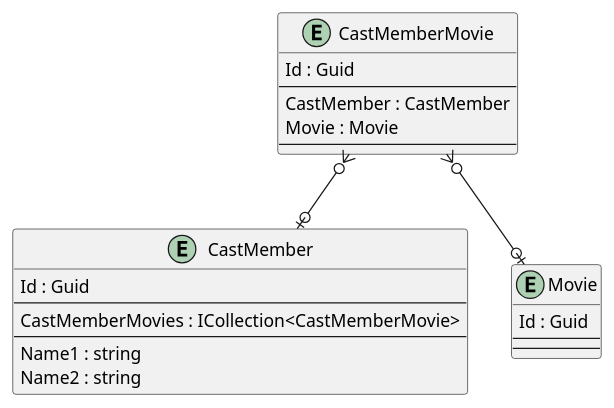
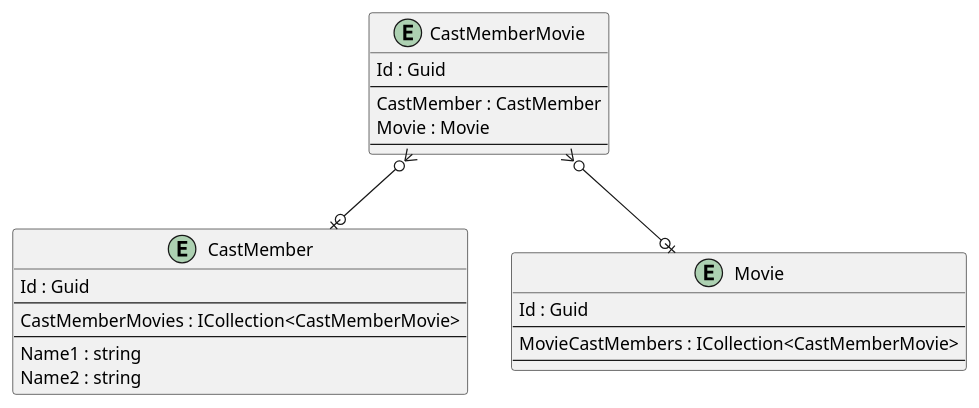
Before and after one commit to intrepion/BlazorWebAppMovies: the diagram in .docs/BlazorWebAppMovies.pu, drawn with PlantUML.

```diff
--- a/.docs/BlazorWebAppMovies.pu
+++ b/.docs/BlazorWebAppMovies.pu
@@ -1,38 +1,39 @@
 @startuml
 
 entity CastMember {
     Id : Guid
     --
     CastMemberMovies : ICollection<CastMemberMovie>
     ' CastMemberKeyCodePlaceholder
     --
     Name1 : string
     Name2 : string
     ' CastMemberPropertyCodePlaceholder
 }
 
 entity CastMemberMovie {
     Id : Guid
     --
     CastMember : CastMember
     Movie : Movie
     ' CastMemberMovieKeyCodePlaceholder
     --
     ' CastMemberMoviePropertyCodePlaceholder
 }
 
 entity Movie {
     Id : Guid
     --
+    MovieCastMembers : ICollection<CastMemberMovie>
     ' MovieKeyCodePlaceholder
     --
     ' MoviePropertyCodePlaceholder
 }
 
 ' EntityCodePlaceholder
 
 CastMemberMovie }o--o| CastMember
 CastMemberMovie }o--o| Movie
 ' RelationshipCodePlaceholder
 
 @enduml
```
